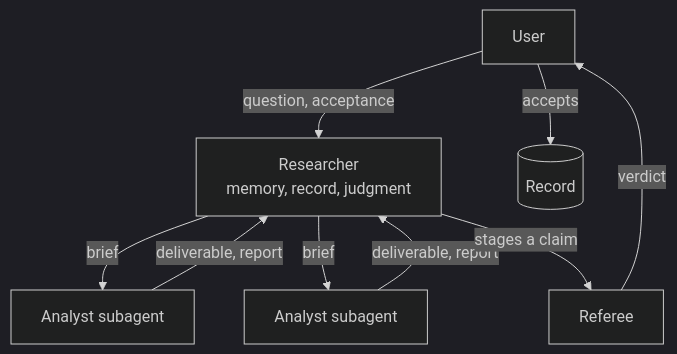
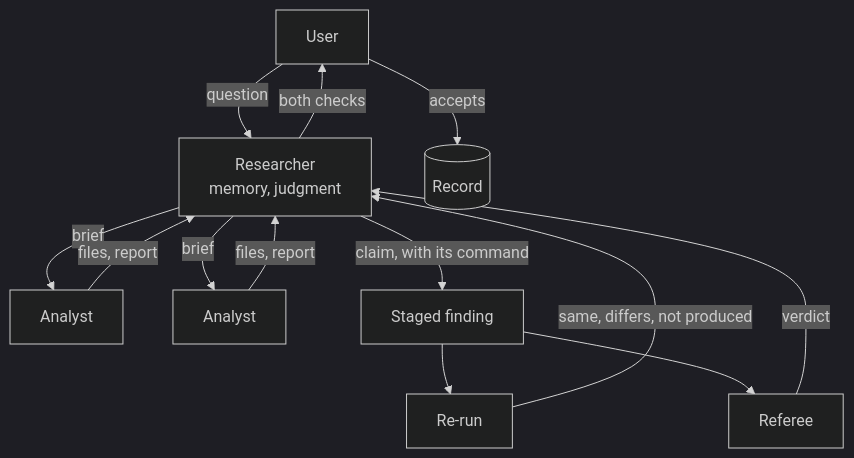
One commit to joaopn/research-sandbox changed the diagram in docs/architecture/Researcher-with-subagents.md. Above: the diagram before and after it, drawn with Mermaid (dark theme). The commit also changed other lines of this file and 15 other files, not shown here.

First line of the commit message:
feat: a researcher-subagents project type delegates to parallel analysts and has each finding checked before the PI accepts it

````diff
--- a/docs/architecture/Researcher-with-subagents.md
+++ b/docs/architecture/Researcher-with-subagents.md
@@ -15,17 +15,23 @@
 ```mermaid
 flowchart TD
   user["User"]
-  r["Researcher<br/>memory, record, judgment"]
-  a1["Analyst subagent"]
-  a2["Analyst subagent"]
+  r["Researcher<br/>memory, judgment"]
+  a1["Analyst"]
+  a2["Analyst"]
+  staged["Staged finding"]
+  rerun["Re-run"]
   ref["Referee"]
   rec[("Record")]
-  user -->|"question, acceptance"| r
+  user -->|"question"| r
   r -->|"brief"| a1
   r -->|"brief"| a2
-  a1 -->|"deliverable, report"| r
-  a2 -->|"deliverable, report"| r
-  r -->|"stages a claim"| ref
-  ref -->|"verdict"| user
+  a1 -->|"files, report"| r
+  a2 -->|"files, report"| r
+  r -->|"claim, with its command"| staged
+  staged --> rerun
+  staged --> ref
+  rerun -->|"same, differs, not produced"| r
+  ref -->|"verdict"| r
+  r -->|"both checks"| user
   user -->|"accepts"| rec
 ```
````
